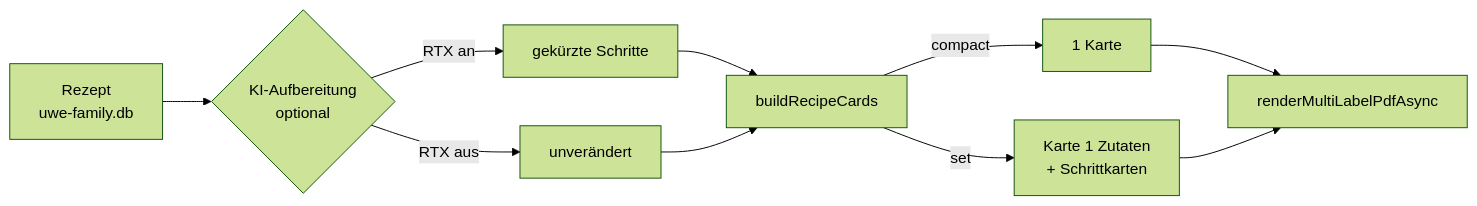
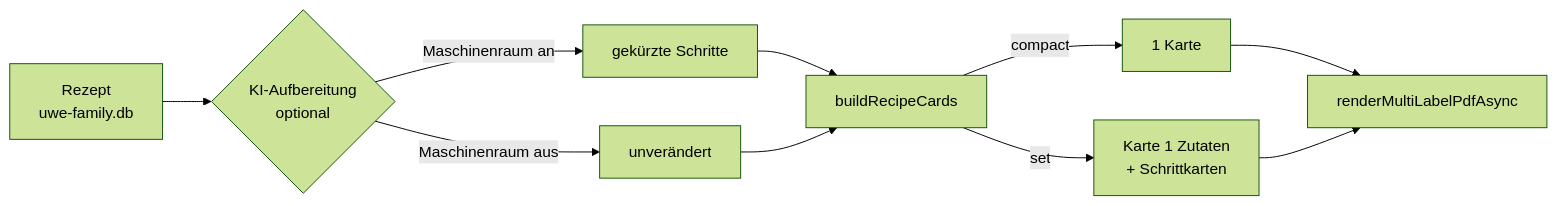
One commit to Nehmo101/UWE changed the diagram in docs/family/kochbuch.md. Above: the diagram before and after it, drawn with Mermaid (forest theme). The commit also changed other lines of this file and 725 other files, not shown here.

````diff
--- a/docs/family/kochbuch.md
+++ b/docs/family/kochbuch.md
@@ -6,12 +6,12 @@
 ```mermaid
 flowchart LR
   R["Rezept<br/>uwe-family.db"] --> KI{"KI-Aufbereitung<br/>optional"}
-  KI -->|"RTX an"| K["gekürzte Schritte"]
-  KI -->|"RTX aus"| R2["unverändert"]
+  KI -->|"Maschinenraum an"| K["gekürzte Schritte"]
+  KI -->|"Maschinenraum aus"| R2["unverändert"]
   K --> B["buildRecipeCards"]
   R2 --> B
   B -->|compact| C1["1 Karte"]
   B -->|set| C2["Karte 1 Zutaten<br/>+ Schrittkarten"]
   C1 --> PDF["renderMultiLabelPdfAsync"]
   C2 --> PDF
 ```
````
